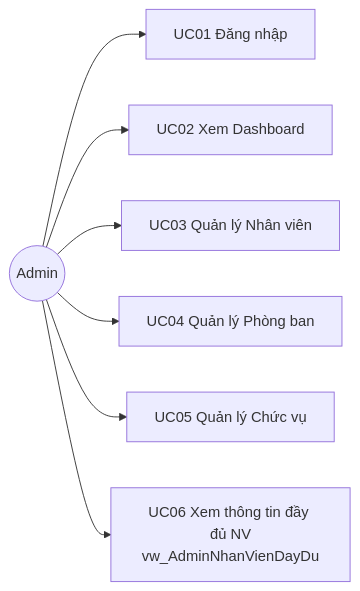
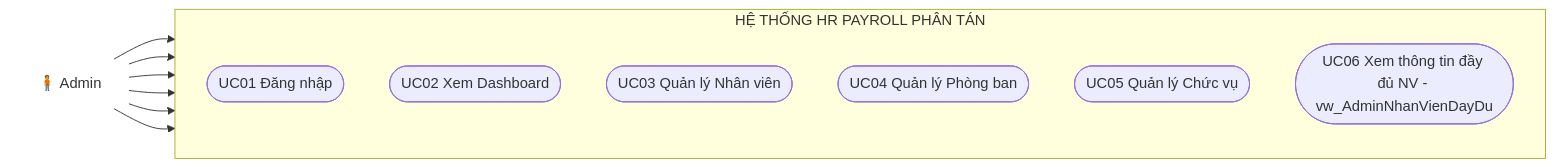
Diagram 11 of 16 in REPORT_DIAGRAM_CODES.md (s1mpmirai/CSDLPT), drawn with Mermaid before and after one commit. The commit also changed other lines of this file and 1 other file, not shown here.

Commit message:
style: update use case diagrams with icons and improve formatting in documentation

````diff
--- a/REPORT_DIAGRAM_CODES.md
+++ b/REPORT_DIAGRAM_CODES.md
@@ -331,18 +335,23 @@
 ```mermaid
 flowchart LR
-  A((Admin))
+  A["🧍 Admin"]
 
-  UC01[UC01 Đăng nhập]
-  UC02[UC02 Xem Dashboard]
-  UC03[UC03 Quản lý Nhân viên]
-  UC04[UC04 Quản lý Phòng ban]
-  UC05[UC05 Quản lý Chức vụ]
-  UC06["UC06 Xem thông tin đầy đủ NV<br/>vw_AdminNhanVienDayDu"]
+  subgraph SYSA[HỆ THỐNG HR PAYROLL PHÂN TÁN]
+    direction TB
+    UC01([UC01 Đăng nhập])
+    UC02([UC02 Xem Dashboard])
+    UC03([UC03 Quản lý Nhân viên])
+    UC04([UC04 Quản lý Phòng ban])
+    UC05([UC05 Quản lý Chức vụ])
+    UC06([UC06 Xem thông tin đầy đủ NV - vw_AdminNhanVienDayDu])
+  end
+
+  style A fill:transparent,stroke:transparent
 
   A --> UC01
   A --> UC02
   A --> UC03
   A --> UC04
   A --> UC05
   A --> UC06
 ```
````
